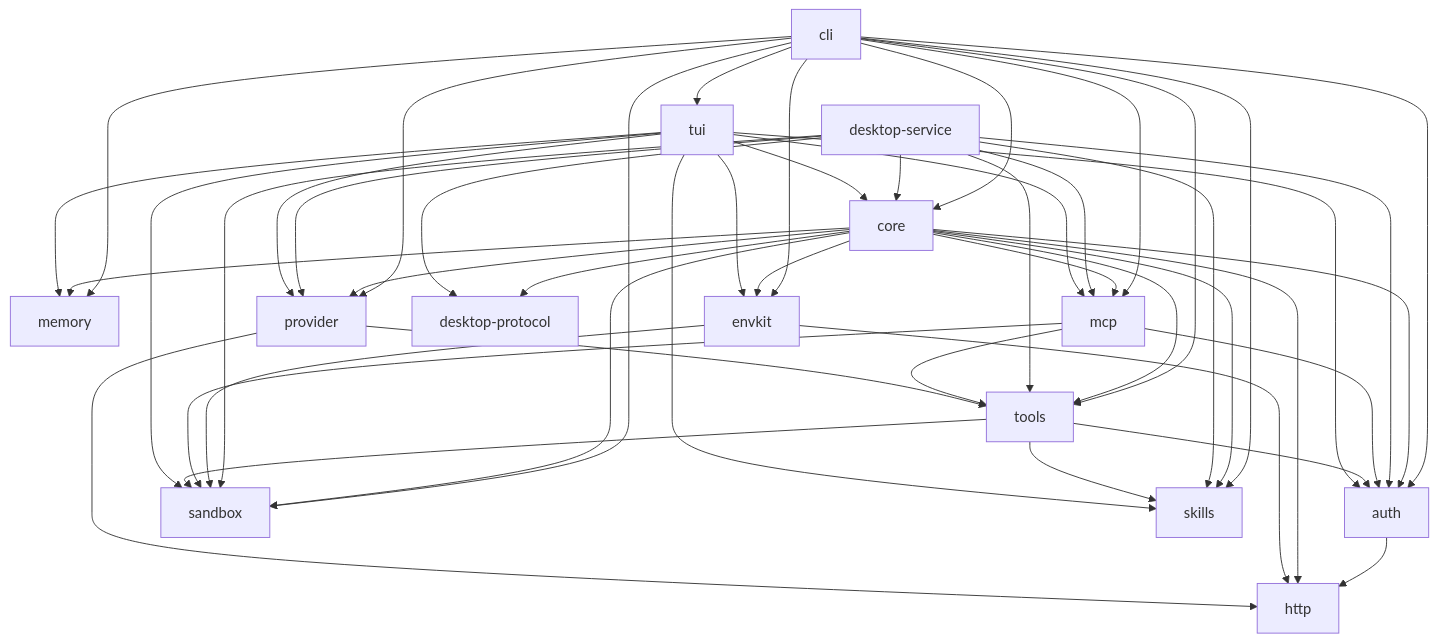
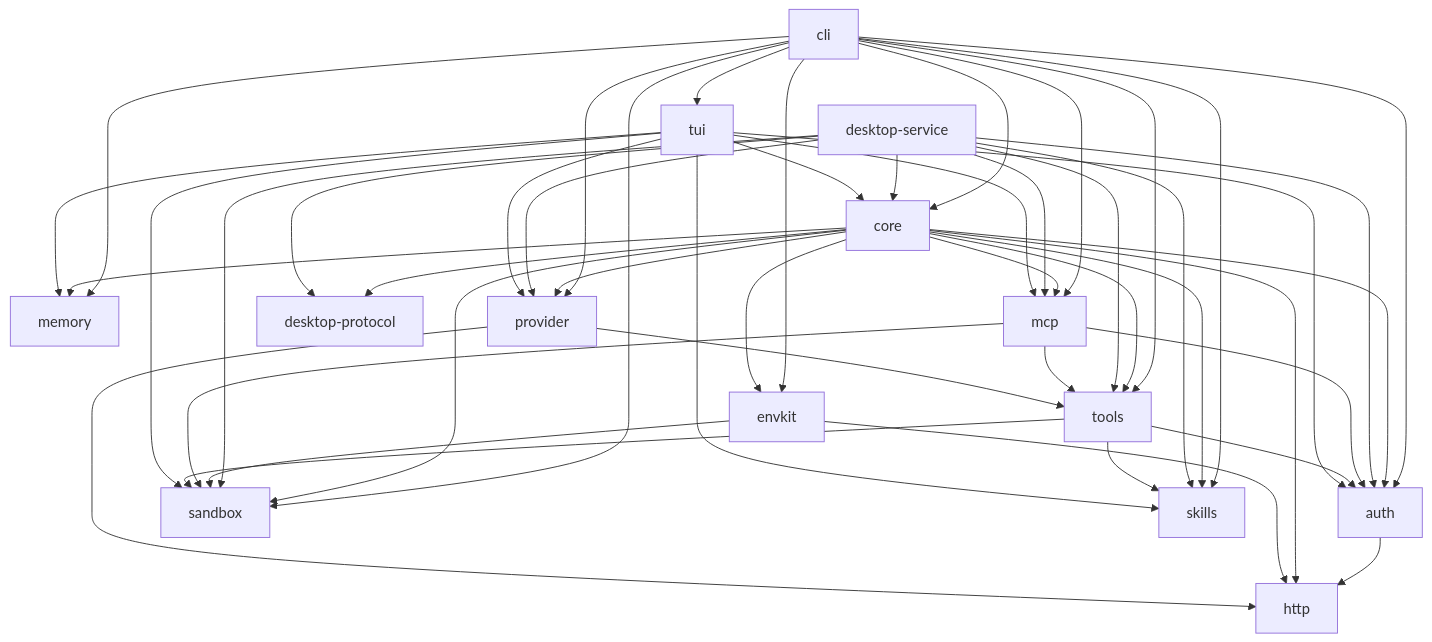
The diagram in docs/architecture.md (Altena-Works/polaris), drawn with Mermaid before and after one commit. The commit also changed other lines of this file and 33 other files, not shown here.

````diff
--- a/docs/architecture.md
+++ b/docs/architecture.md
@@ -13,50 +13,49 @@
 ```mermaid
 graph TD
   auth --> http
   cli --> memory
   cli --> auth
   cli --> core
   cli --> envkit
   cli --> mcp
   cli --> provider
   cli --> sandbox
   cli --> skills
   cli --> tools
   cli --> tui
   core --> auth
   core --> http
   core --> envkit
   core --> desktop-protocol
   core --> provider
   core --> memory
   core --> mcp
   core --> sandbox
   core --> skills
   core --> tools
   desktop-service --> auth
   desktop-service --> tools
   desktop-service --> sandbox
   desktop-service --> mcp
   desktop-service --> skills
   desktop-service --> core
   desktop-service --> provider
   desktop-service --> desktop-protocol
   envkit --> http
   envkit --> sandbox
   mcp --> tools
   mcp --> auth
   mcp --> sandbox
   provider --> tools
   provider --> http
   tools --> auth
   tools --> sandbox
   tools --> skills
   tui --> memory
   tui --> auth
   tui --> core
-  tui --> envkit
   tui --> mcp
   tui --> provider
   tui --> sandbox
   tui --> skills
 ```
````
